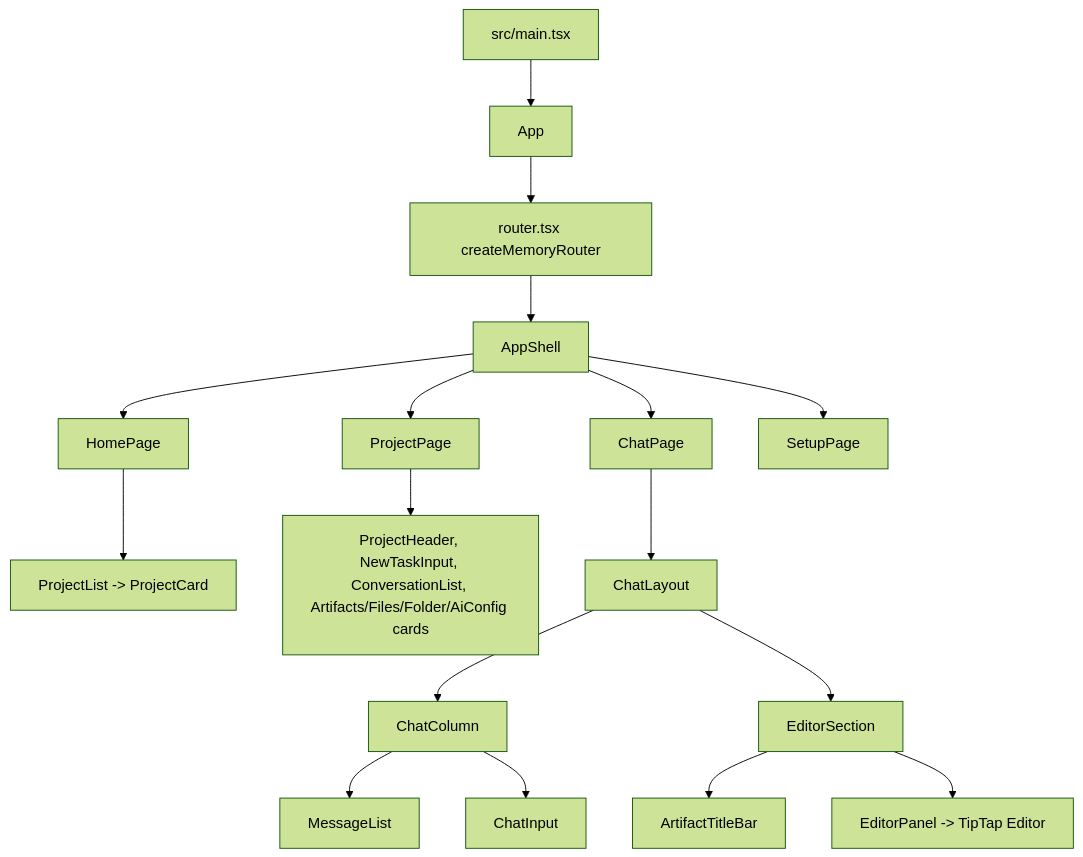
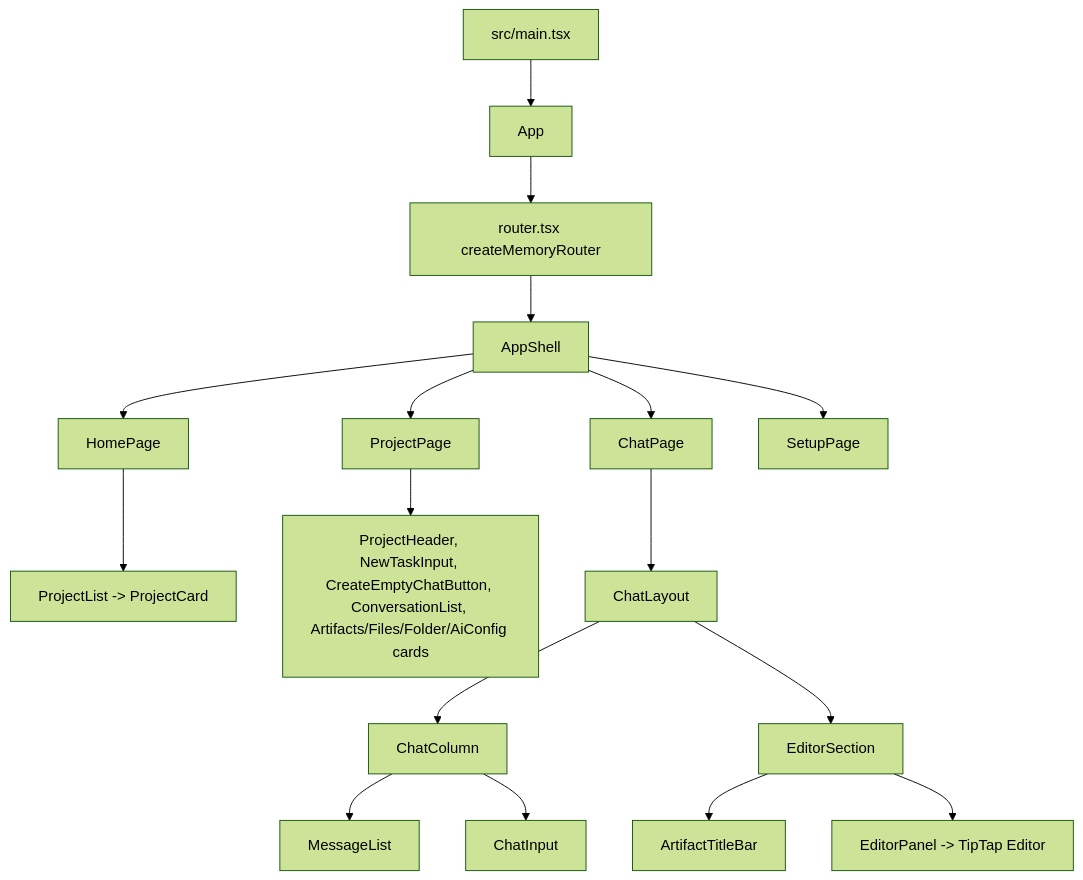
The first of 2 diagrams in .memory/frontend-relations.md (jpetroff/ai-cowork-assistant), drawn with Mermaid (forest theme) before and after one commit. The commit also changed other lines of this file and 14 other files, not shown here.

Commit message:
+ new empty chat, input on projects now hooked to background job logic

````diff
--- a/.memory/frontend-relations.md
+++ b/.memory/frontend-relations.md
@@ -5,20 +5,20 @@
 ```mermaid
 flowchart TD
   Main["src/main.tsx"] --> App["App"]
   App --> Router["router.tsx createMemoryRouter"]
   Router --> Shell["AppShell"]
   Shell --> Home["HomePage"]
   Shell --> Project["ProjectPage"]
   Shell --> Chat["ChatPage"]
   Shell --> Setup["SetupPage"]
 
   Home --> ProjectList["ProjectList -> ProjectCard"]
-  Project --> ProjectCards["ProjectHeader, NewTaskInput, ConversationList, Artifacts/Files/Folder/AiConfig cards"]
+  Project --> ProjectCards["ProjectHeader, NewTaskInput, CreateEmptyChatButton, ConversationList, Artifacts/Files/Folder/AiConfig cards"]
   Chat --> ChatLayout["ChatLayout"]
   ChatLayout --> ChatColumn["ChatColumn"]
   ChatLayout --> EditorSection["EditorSection"]
   ChatColumn --> MessageList["MessageList"]
   ChatColumn --> ChatInput["ChatInput"]
   EditorSection --> ArtifactTitleBar["ArtifactTitleBar"]
   EditorSection --> EditorPanel["EditorPanel -> TipTap Editor"]
 ```
````
